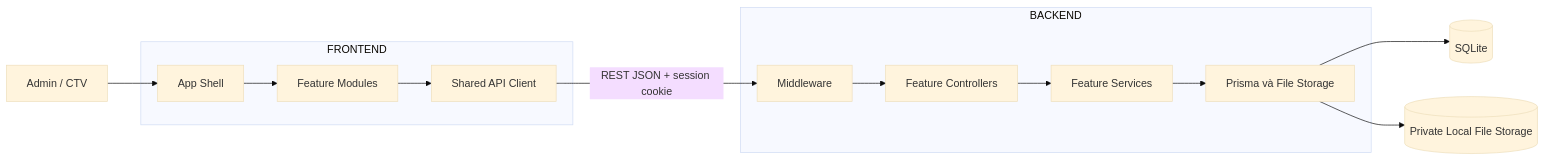
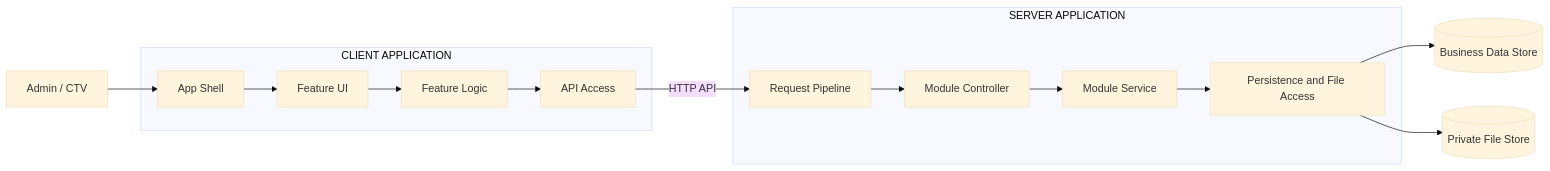
One commit to MINHDZVODICH/ctv-manage changed the first of 3 diagrams in docs/ARCHITECTURE.md. Above: the diagram before and after it, drawn with Mermaid (base theme). The commit also changed other lines of this file and 89 other files, not shown here.

````diff
--- a/docs/ARCHITECTURE.md
+++ b/docs/ARCHITECTURE.md
@@ -5,27 +5,27 @@
 ```mermaid
 flowchart LR
     User[Admin / CTV]
 
-    subgraph Frontend[FRONTEND]
+    subgraph Frontend[CLIENT APPLICATION]
         App[App Shell]
-        Features[Feature Modules]
-        Client[Shared API Client]
+        FeatureUI[Feature UI]
+        FeatureLogic[Feature Logic]
+        APIAccess[API Access]
 
-        App --> Features
-        Features --> Client
+        App --> FeatureUI --> FeatureLogic --> APIAccess
     end
 
-    subgraph Backend[BACKEND]
-        Middleware[Middleware]
-        Controller[Feature Controllers]
-        Service[Feature Services]
-        Data[Prisma và File Storage]
+    subgraph Backend[SERVER APPLICATION]
+        Pipeline[Request Pipeline]
+        Controller[Module Controller]
+        Service[Module Service]
+        Persistence[Persistence and File Access]
 
-        Middleware --> Controller --> Service --> Data
+        Pipeline --> Controller --> Service --> Persistence
     end
 
     User --> App
-    Client -->|REST JSON + session cookie| Middleware
-    Data --> DB[(SQLite)]
-    Data --> Files[(Private Local File Storage)]
+    APIAccess -->|HTTP API| Pipeline
+    Persistence --> DataStore[(Business Data Store)]
+    Persistence --> FileStore[(Private File Store)]
 ```
````
